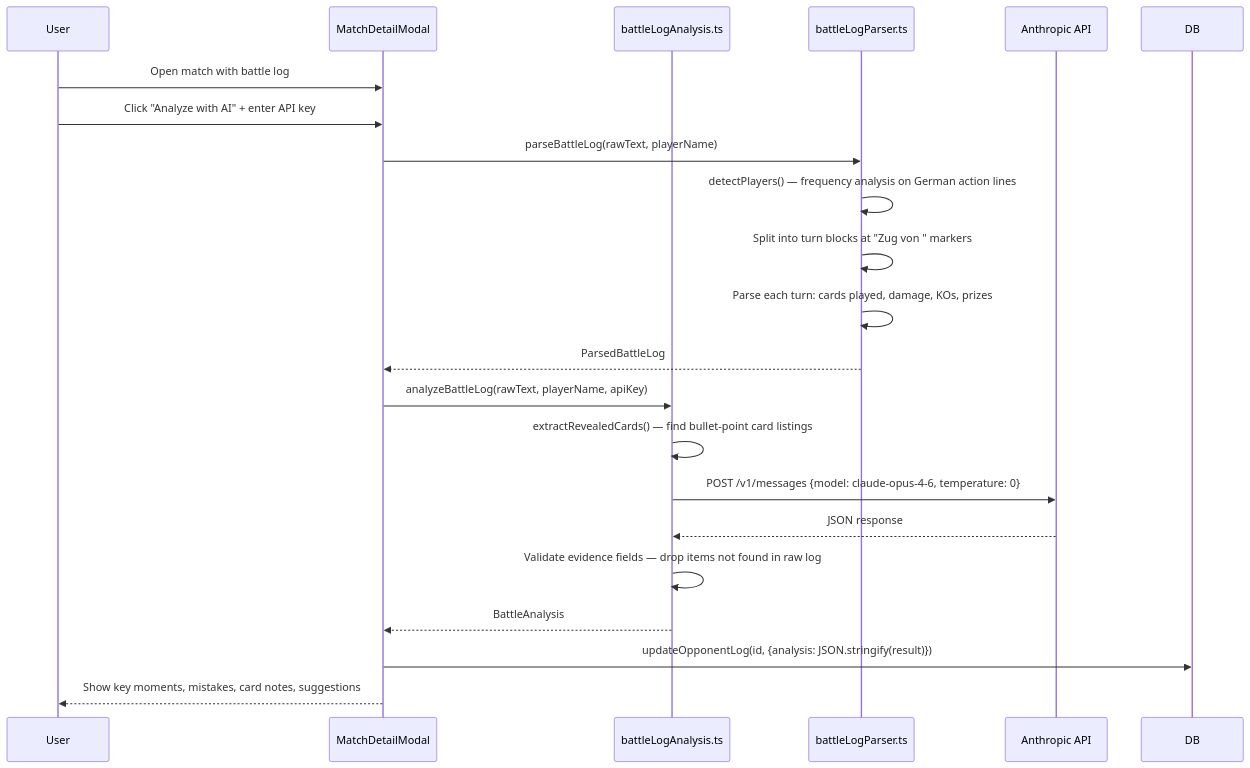
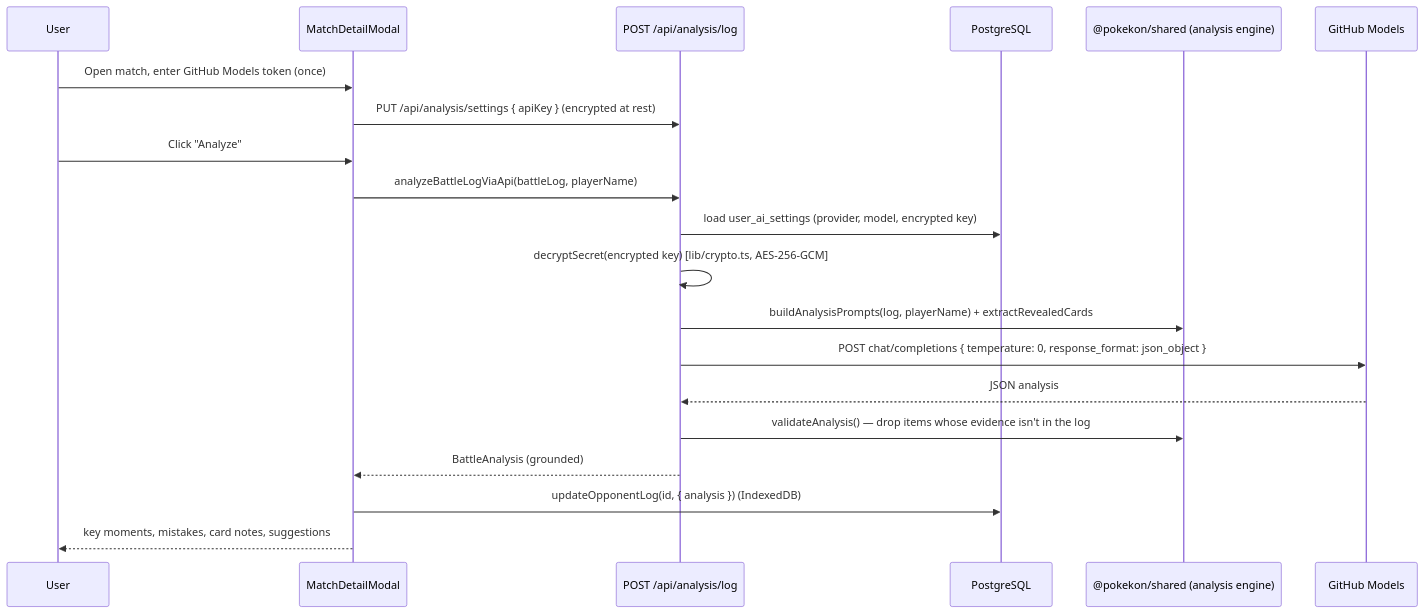
Before and after one commit to konradthiemann/Pokekon: the sixth of 10 diagrams in docs/data-flow.md, drawn with Mermaid. The commit also changed other lines of this file and 3 other files, not shown here.

First line of the commit message:
docs: sync architecture/data-flow/database/getting-started with the backend

````diff
--- a/docs/data-flow.md
+++ b/docs/data-flow.md
@@ -186,24 +193,23 @@
 ```mermaid
 sequenceDiagram
     participant User
     participant MatchDetailModal
-    participant BattleAI as battleLogAnalysis.ts
-    participant BattleParser as battleLogParser.ts
-    participant Claude as Anthropic API
+    participant API as POST /api/analysis/log
+    participant DB as PostgreSQL
+    participant Engine as @pokekon/shared (analysis engine)
+    participant LLM as GitHub Models
 
-    User->>MatchDetailModal: Open match with battle log
-    User->>MatchDetailModal: Click "Analyze with AI" + enter API key
-    MatchDetailModal->>BattleParser: parseBattleLog(rawText, playerName)
-    BattleParser->>BattleParser: detectPlayers() — frequency analysis on German action lines
-    BattleParser->>BattleParser: Split into turn blocks at "Zug von " markers
-    BattleParser->>BattleParser: Parse each turn: cards played, damage, KOs, prizes
-    BattleParser-->>MatchDetailModal: ParsedBattleLog
-    MatchDetailModal->>BattleAI: analyzeBattleLog(rawText, playerName, apiKey)
-    BattleAI->>BattleAI: extractRevealedCards() — find bullet-point card listings
-    BattleAI->>Claude: POST /v1/messages {model: claude-opus-4-6, temperature: 0}
-    Claude-->>BattleAI: JSON response
-    BattleAI->>BattleAI: Validate evidence fields — drop items not found in raw log
-    BattleAI-->>MatchDetailModal: BattleAnalysis
-    MatchDetailModal->>DB: updateOpponentLog(id, {analysis: JSON.stringify(result)})
-    MatchDetailModal-->>User: Show key moments, mistakes, card notes, suggestions
+    User->>MatchDetailModal: Open match, enter GitHub Models token (once)
+    MatchDetailModal->>API: PUT /api/analysis/settings { apiKey } (encrypted at rest)
+    User->>MatchDetailModal: Click "Analyze"
+    MatchDetailModal->>API: analyzeBattleLogViaApi(battleLog, playerName)
+    API->>DB: load user_ai_settings (provider, model, encrypted key)
+    API->>API: decryptSecret(encrypted key)  [lib/crypto.ts, AES-256-GCM]
+    API->>Engine: buildAnalysisPrompts(log, playerName) + extractRevealedCards
+    API->>LLM: POST chat/completions { temperature: 0, response_format: json_object }
+    LLM-->>API: JSON analysis
+    API->>Engine: validateAnalysis() — drop items whose evidence isn't in the log
+    API-->>MatchDetailModal: BattleAnalysis (grounded)
+    MatchDetailModal->>DB: updateOpponentLog(id, { analysis }) (IndexedDB)
+    MatchDetailModal-->>User: key moments, mistakes, card notes, suggestions
 ```
````
